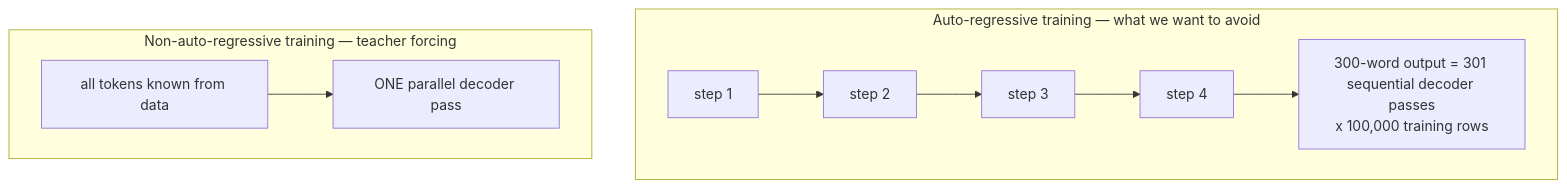
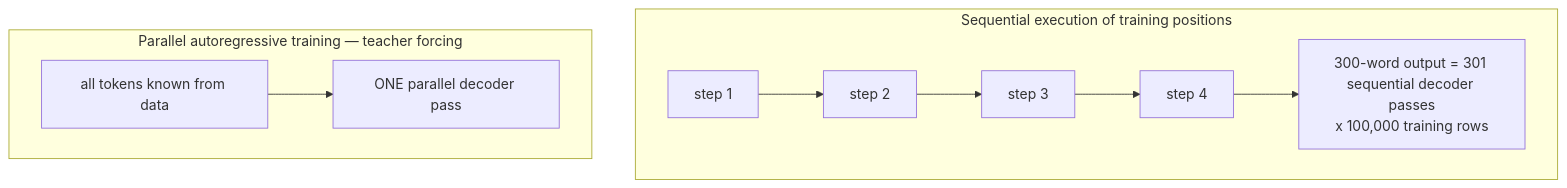
The second of 6 diagrams in content/courses/transformers/08-encoder-decoder-masking.md (alliedbrother/ml-interview-notes), drawn with Mermaid before and after one commit. The commit also changed other lines of this file and 217 other files, not shown here.

````diff
--- a/content/courses/transformers/08-encoder-decoder-masking.md
+++ b/content/courses/transformers/08-encoder-decoder-masking.md
@@ -111,10 +113,10 @@
 ```mermaid
 flowchart TD
-    subgraph SLOW["Auto-regressive training — what we want to avoid"]
+    subgraph SLOW["Sequential execution of training positions"]
         S1["step 1"] --> S2["step 2"] --> S3["step 3"] --> S4["step 4"]
         S4 --> SN["300-word output = 301 sequential decoder passes<br/>x 100,000 training rows"]
     end
-    subgraph FAST["Non-auto-regressive training — teacher forcing"]
+    subgraph FAST["Parallel autoregressive training — teacher forcing"]
         F1["all tokens known from data"] --> F2["ONE parallel decoder pass"]
     end
 ```
````
